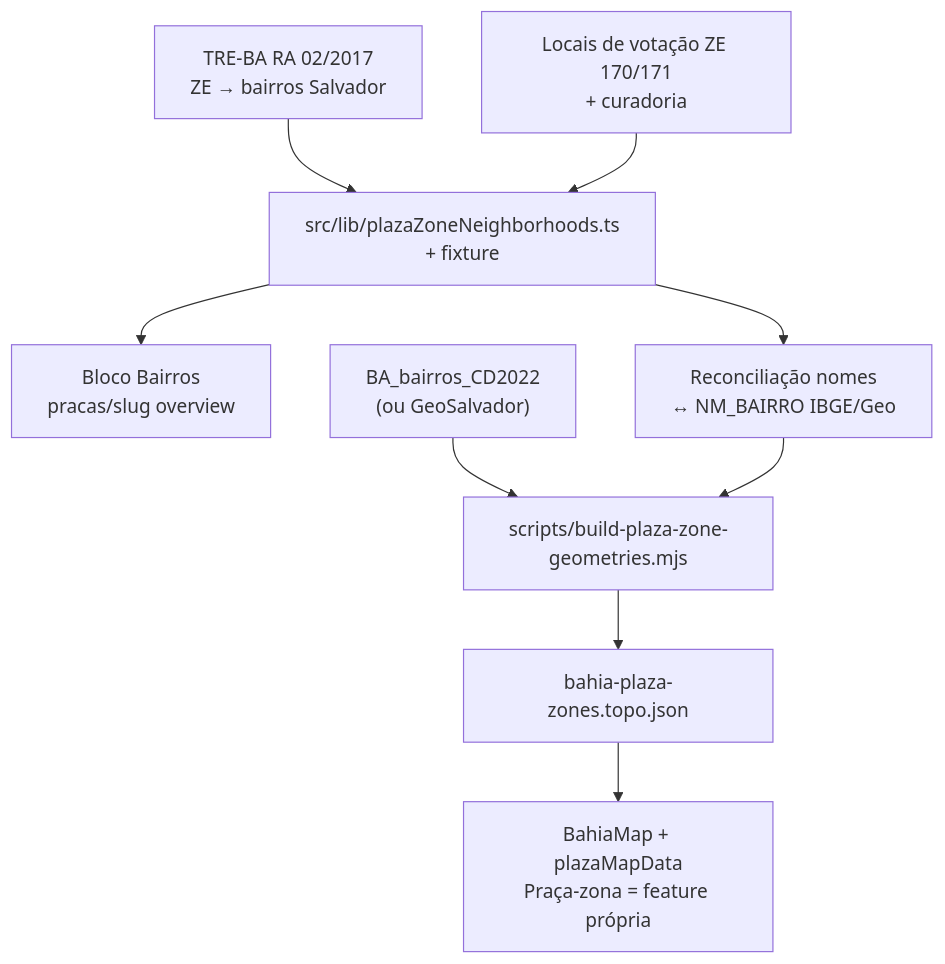
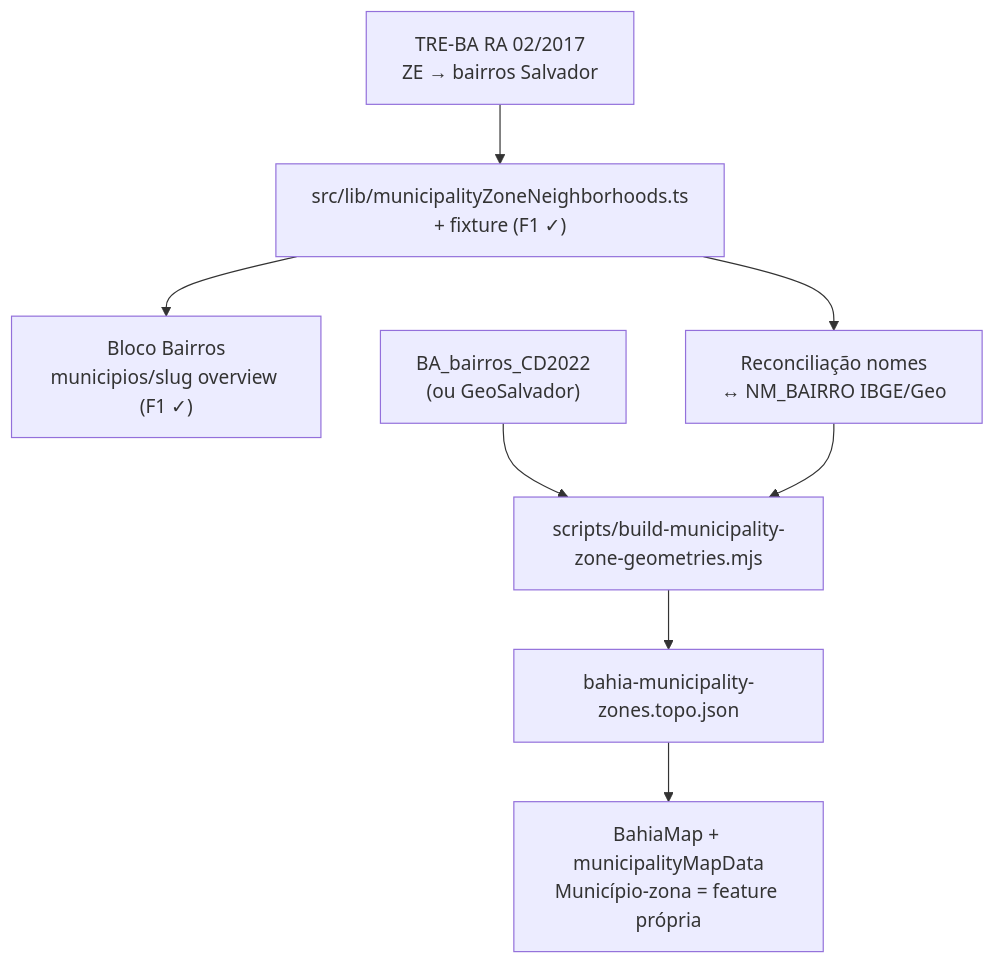
The diagram in docs/plans/poligonos-pracas-zona.md (fsolla/teqo), drawn with Mermaid before and after one commit. The commit also changed other lines of this file and 41 other files, not shown here.

````diff
--- a/docs/plans/poligonos-pracas-zona.md
+++ b/docs/plans/poligonos-pracas-zona.md
@@ -67,11 +68,10 @@
 ```mermaid
 flowchart TD
-  treSSA["TRE-BA RA 02/2017<br/>ZE → bairros Salvador"] --> catalog["src/lib/plazaZoneNeighborhoods.ts<br/>+ fixture"]
-  treCMS["Locais de votação ZE 170/171<br/>+ curadoria"] --> catalog
-  catalog --> ui["Bloco Bairros<br/>pracas/slug overview"]
+  treSSA["TRE-BA RA 02/2017<br/>ZE → bairros Salvador"] --> catalog["src/lib/municipalityZoneNeighborhoods.ts<br/>+ fixture (F1 ✓)"]
+  catalog --> ui["Bloco Bairros<br/>municipios/slug overview (F1 ✓)"]
   catalog --> reconcile["Reconciliação nomes<br/>↔ NM_BAIRRO IBGE/Geo"]
-  ibge["BA_bairros_CD2022<br/>(ou GeoSalvador)"] --> script["scripts/build-plaza-zone-geometries.mjs"]
+  ibge["BA_bairros_CD2022<br/>(ou GeoSalvador)"] --> script["scripts/build-municipality-zone-geometries.mjs"]
   reconcile --> script
-  script --> topo["bahia-plaza-zones.topo.json"]
-  topo --> map["BahiaMap + plazaMapData<br/>Praça-zona = feature própria"]
+  script --> topo["bahia-municipality-zones.topo.json"]
+  topo --> map["BahiaMap + municipalityMapData<br/>Município-zona = feature própria"]
 ```
````
